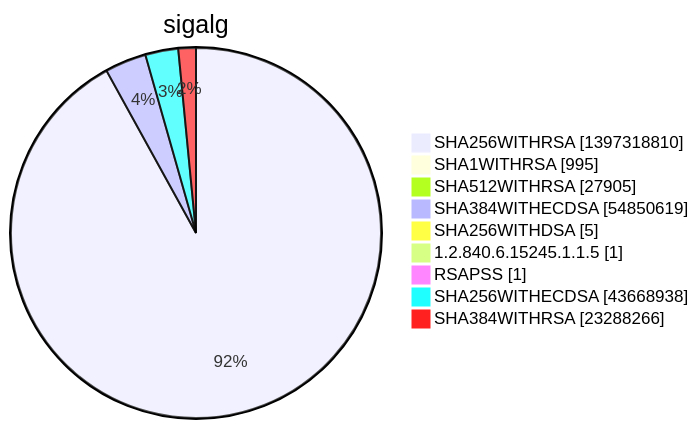
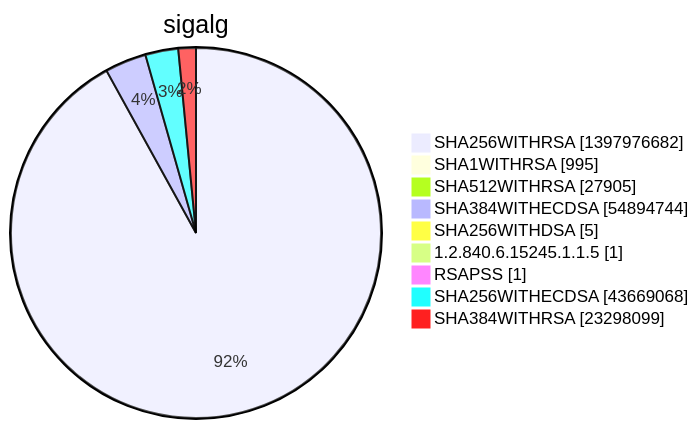
One commit to christiankrug/ctmonitor_visualization changed diagram 15 of 15 in xenon2022/README.md. Above: the diagram before and after it, drawn with Mermaid. The commit also changed other lines of this file, not shown here.

````diff
--- a/xenon2022/README.md
+++ b/xenon2022/README.md
@@ -5855,13 +5855,13 @@
 ```mermaid
 pie showData
 title sigalg
-"SHA256WITHRSA" :1397318810
+"SHA256WITHRSA" :1397976682
 "SHA1WITHRSA" :995
 "SHA512WITHRSA" :27905
-"SHA384WITHECDSA" :54850619
+"SHA384WITHECDSA" :54894744
 "SHA256WITHDSA" :5
 "1.2.840.6.15245.1.1.5" :1
 "RSAPSS" :1
-"SHA256WITHECDSA" :43668938
-"SHA384WITHRSA" :23288266
+"SHA256WITHECDSA" :43669068
+"SHA384WITHRSA" :23298099
 ```
````
